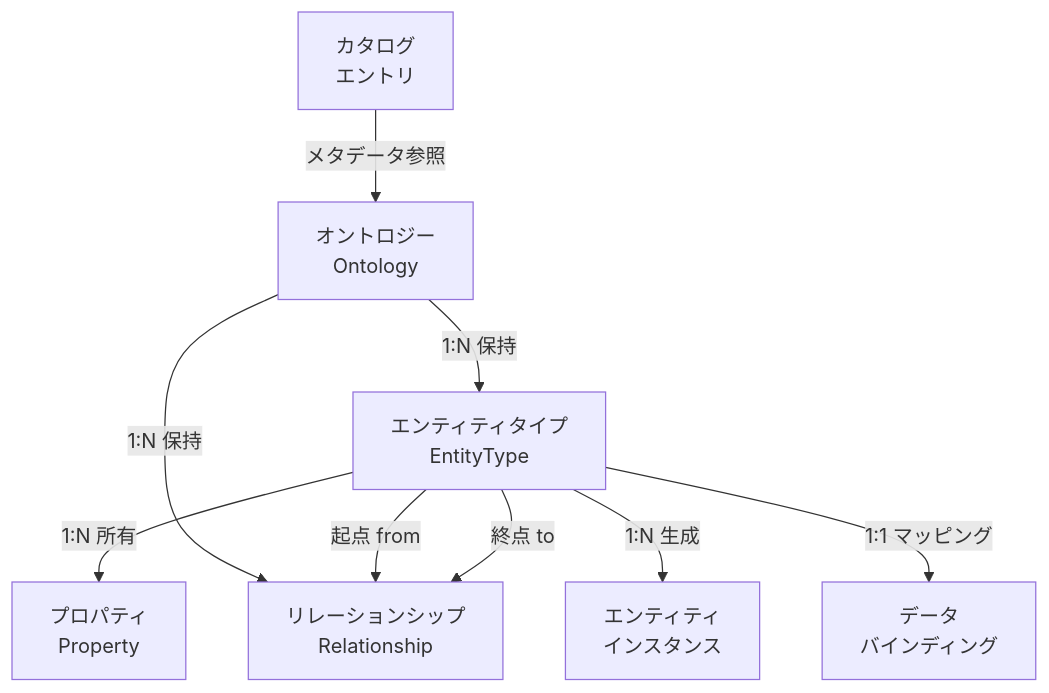
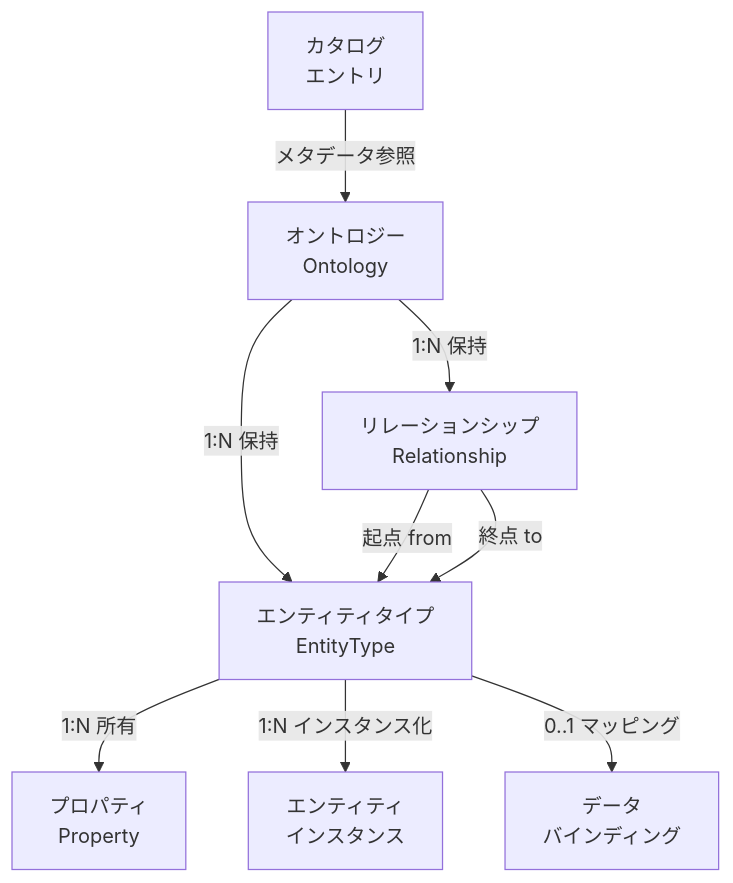
Before and after one commit to suwa-sh/zenn-contents: the fourth of 5 diagrams in articles/ontology-playground_20260719.md, drawn with Mermaid. The commit also changed other lines of this file, not shown here.

````diff
--- a/articles/ontology-playground_20260719.md
+++ b/articles/ontology-playground_20260719.md
@@ -199,19 +201,19 @@
 ```mermaid
 graph TD
     Ontology["オントロジー<br/>Ontology"]
     EntityType["エンティティタイプ<br/>EntityType"]
     Property["プロパティ<br/>Property"]
     Relationship["リレーションシップ<br/>Relationship"]
     EntityInstance["エンティティ<br/>インスタンス"]
     DataBinding["データ<br/>バインディング"]
     CatalogueEntry["カタログ<br/>エントリ"]
 
     Ontology -->|"1:N 保持"| EntityType
     Ontology -->|"1:N 保持"| Relationship
     EntityType -->|"1:N 所有"| Property
-    EntityType -->|"起点 from"| Relationship
-    EntityType -->|"終点 to"| Relationship
-    EntityType -->|"1:N 生成"| EntityInstance
-    EntityType -->|"1:1 マッピング"| DataBinding
+    Relationship -->|"起点 from"| EntityType
+    Relationship -->|"終点 to"| EntityType
+    EntityType -->|"1:N インスタンス化"| EntityInstance
+    EntityType -->|"0..1 マッピング"| DataBinding
     CatalogueEntry -->|"メタデータ参照"| Ontology
 ```
````
